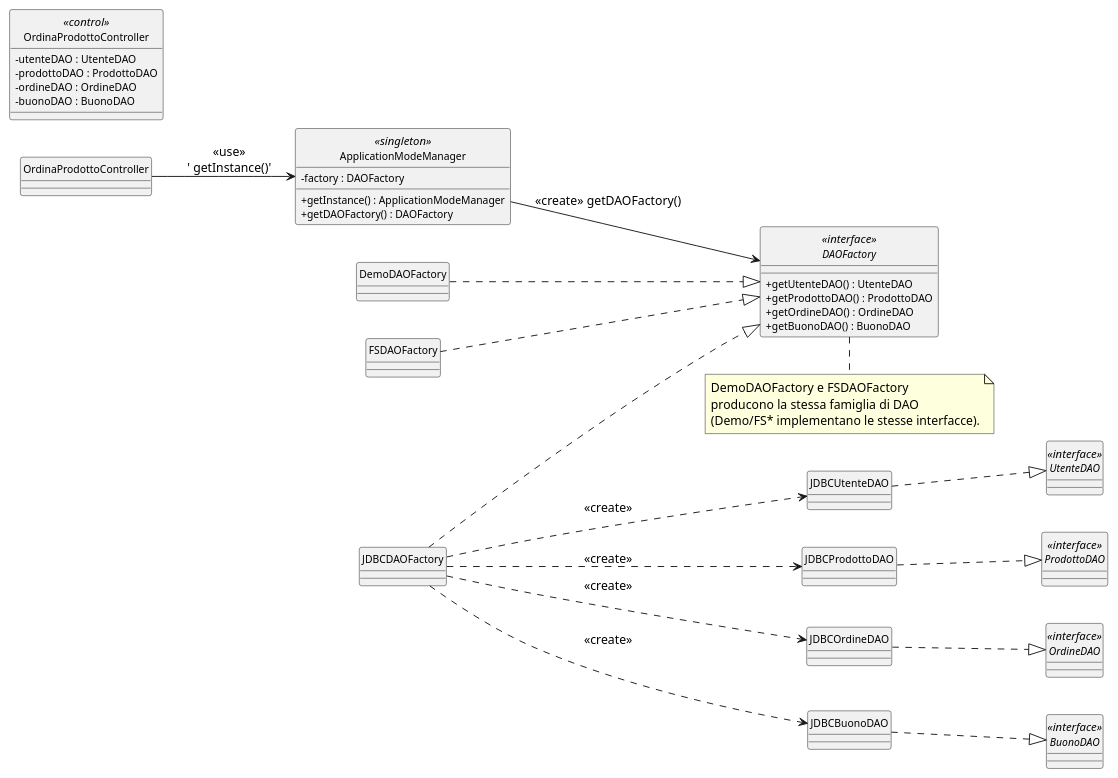
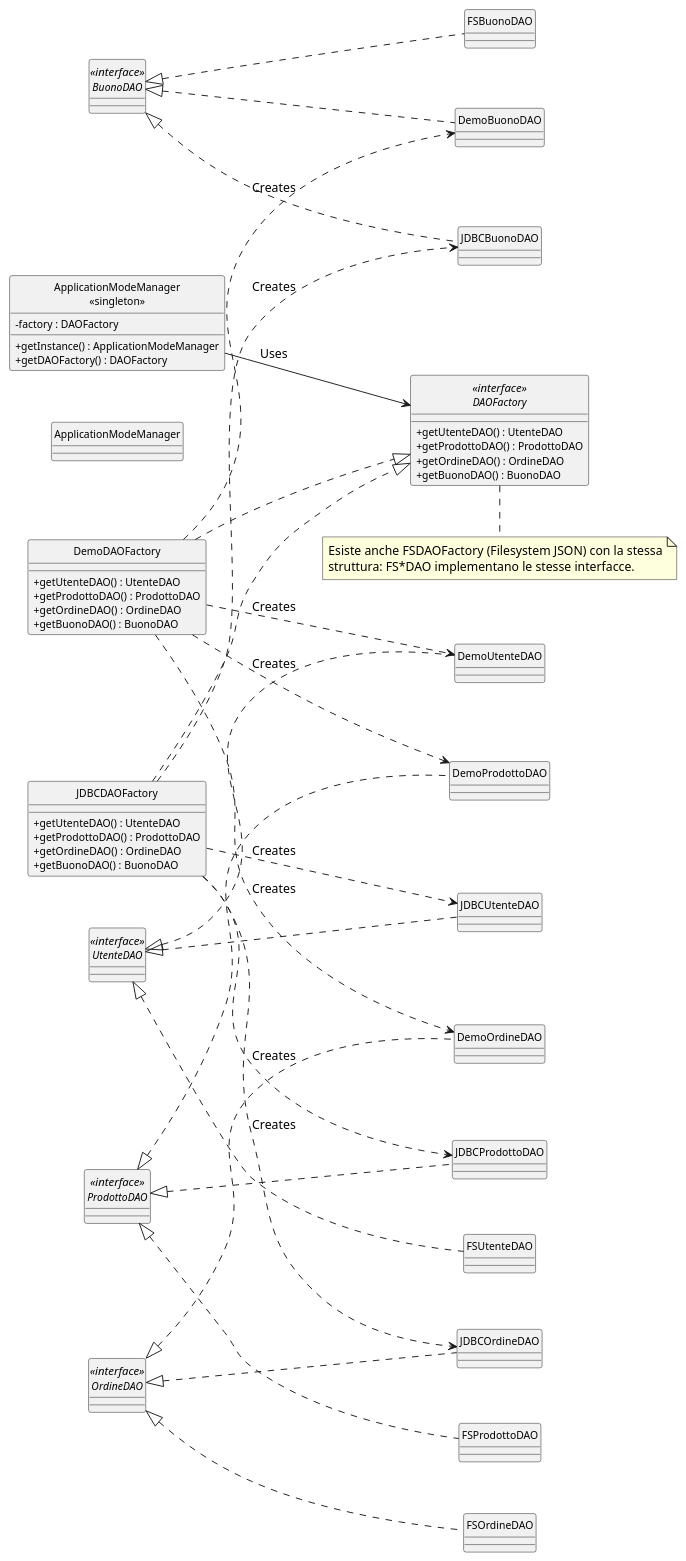
Before and after one commit to Damiano-o/test: the diagram in docs/relazione_italiana/figures/dl_factory.puml, drawn with PlantUML. The commit also changed 3 other files, not shown here.

Commit message:
fix(docs): Abstract Factory in stile AppContext (ApplicationModeManager -> Uses -> DaoFactory, concrete factory Creates, prodotti realizzano <<interface>> DAO)

```diff
--- a/docs/relazione_italiana/figures/dl_factory.puml
+++ b/docs/relazione_italiana/figures/dl_factory.puml
@@ -1,77 +1,100 @@
 @startuml
 skinparam style strictuml
 skinparam classAttributeIconSize 0
-skinparam nodesep 40
-skinparam ranksep 50
+skinparam nodesep 55
+skinparam ranksep 55
 skinparam classFontSize 12
 skinparam classAttributeFontSize 11
 left to right direction
 
 ' ============================================================
 ' Design-level — DAO Abstract Factory (NFR-01 persistenza)
-' Stile conciso (come progetti 30/30): factory astratta,
-' concrete factory + interfacce DAO, frecce <<create>> esplicite.
+' Stile conciso: AppContext (holder) -> DaoFactory (abstract)
+' -> concrete factory (Creates) -> prodotti che realizzano le interfacce.
 ' ============================================================
 
-' ---------- Client (control) ----------
-class "OrdinaProdottoController" as CTL <<control>> {
-  - utenteDAO : UtenteDAO
-  - prodottoDAO : ProdottoDAO
-  - ordineDAO : OrdineDAO
-  - buonoDAO : BuonoDAO
-}
-
-' ---------- Abstract Factory ----------
-class "ApplicationModeManager" <<singleton>> {
+' ---------- Holder / chi usa la factory ----------
+class "ApplicationModeManager\n<<singleton>>" as CTX {
   - factory : DAOFactory
   + getInstance() : ApplicationModeManager
   + getDAOFactory() : DAOFactory
 }
+
+' ---------- Abstract Factory ----------
 interface "DAOFactory" <<interface>> {
   + getUtenteDAO() : UtenteDAO
   + getProdottoDAO() : ProdottoDAO
   + getOrdineDAO() : OrdineDAO
   + getBuonoDAO() : BuonoDAO
 }
 
-class "DemoDAOFactory"
-class "FSDAOFactory"
-class "JDBCDAOFactory"
-DemoDAOFactory ..|> DAOFactory
-FSDAOFactory  ..|> DAOFactory
-JDBCDAOFactory ..|> DAOFactory
+' ---------- Concrete factory (come Json/Db del riferimento) ----------
+class "DemoDAOFactory" {
+  + getUtenteDAO() : UtenteDAO
+  + getProdottoDAO() : ProdottoDAO
+  + getOrdineDAO() : OrdineDAO
+  + getBuonoDAO() : BuonoDAO
+}
+class "JDBCDAOFactory" {
+  + getUtenteDAO() : UtenteDAO
+  + getProdottoDAO() : ProdottoDAO
+  + getOrdineDAO() : OrdineDAO
+  + getBuonoDAO() : BuonoDAO
+}
 
-' ---------- Abstract Products (DAO) ----------
+' ---------- Frecce: chi usa / chi crea ----------
+ApplicationModeManager -[hidden]down- DAOFactory
+CTX --> DAOFactory : Uses
+DemoDAOFactory  ..|> DAOFactory
+JDBCDAOFactory  ..|> DAOFactory
+
+' ---------- Abstract Products (interfacce DAO) ----------
 interface "UtenteDAO" <<interface>>
 interface "ProdottoDAO" <<interface>>
 interface "OrdineDAO" <<interface>>
 interface "BuonoDAO" <<interface>>
 
-' ---------- Concrete Products (una famiglia esemplificativa, per concisione) ----------
+' ---------- Concrete Products (3 famiglie) ----------
+class "DemoUtenteDAO"
+class "DemoProdottoDAO"
+class "DemoOrdineDAO"
+class "DemoBuonoDAO"
+
+
 class "JDBCUtenteDAO"
 class "JDBCProdottoDAO"
 class "JDBCOrdineDAO"
 class "JDBCBuonoDAO"
-JDBCUtenteDAO ..|> UtenteDAO
-JDBCProdottoDAO ..|> ProdottoDAO
-JDBCOrdineDAO ..|> OrdineDAO
-JDBCBuonoDAO ..|> BuonoDAO
 
-' ---------- relazioni: controller -> factory -> prodotti ----------
-OrdinaProdottoController --> ApplicationModeManager : <<use>>\n' getInstance()'
-ApplicationModeManager --> DAOFactory : <<create>> getDAOFactory()
-JDBCDAOFactory ..> JDBCUtenteDAO : <<create>>
-JDBCDAOFactory ..> JDBCProdottoDAO : <<create>>
-JDBCDAOFactory ..> JDBCOrdineDAO : <<create>>
-JDBCDAOFactory ..> JDBCBuonoDAO : <<create>>
+' ---------- Creates (factory -> prodotto concreto) ----------
+DemoDAOFactory ..> DemoUtenteDAO : Creates
+DemoDAOFactory ..> DemoProdottoDAO : Creates
+DemoDAOFactory ..> DemoOrdineDAO : Creates
+DemoDAOFactory ..> DemoBuonoDAO : Creates
 
-' i DAO concrete per le altre famiglie sono omessi per concisione
-' (stessa struttura di JDBC)
+
+JDBCDAOFactory ..> JDBCUtenteDAO : Creates
+JDBCDAOFactory ..> JDBCProdottoDAO : Creates
+JDBCDAOFactory ..> JDBCOrdineDAO : Creates
+JDBCDAOFactory ..> JDBCBuonoDAO : Creates
+
+' ---------- Realization: prodotto -> interfaccia ----------
+DemoUtenteDAO  .up.|> UtenteDAO
+FSUtenteDAO    .up.|> UtenteDAO
+JDBCUtenteDAO  .up.|> UtenteDAO
+DemoProdottoDAO .up.|> ProdottoDAO
+FSProdottoDAO   .up.|> ProdottoDAO
+JDBCProdottoDAO .up.|> ProdottoDAO
+DemoOrdineDAO  .up.|> OrdineDAO
+FSOrdineDAO    .up.|> OrdineDAO
+JDBCOrdineDAO  .up.|> OrdineDAO
+DemoBuonoDAO   .up.|> BuonoDAO
+FSBuonoDAO     .up.|> BuonoDAO
+JDBCBuonoDAO   .up.|> BuonoDAO
+
 
 note bottom of DAOFactory
-  DemoDAOFactory e FSDAOFactory
-  producono la stessa famiglia di DAO
-  (Demo/FS* implementano le stesse interfacce).
+  Esiste anche FSDAOFactory (Filesystem JSON) con la stessa
+  struttura: FS*DAO implementano le stesse interfacce.
 end note
-
 @enduml
```
